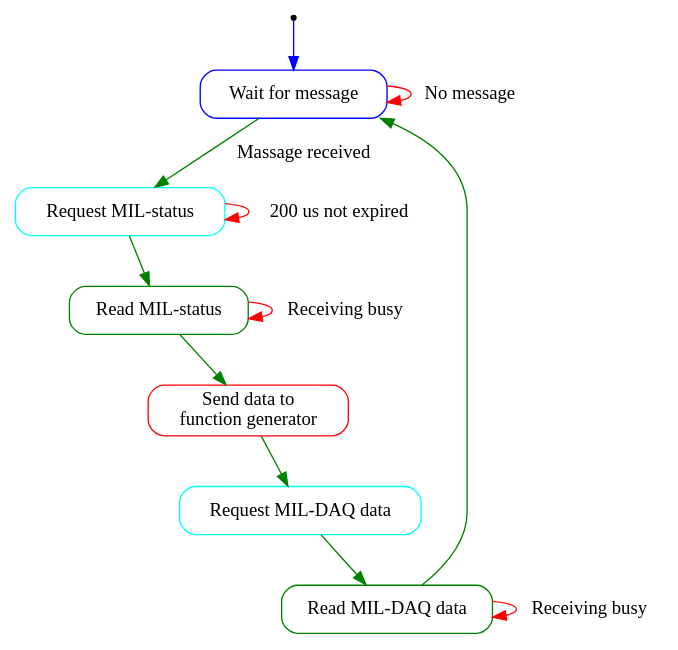
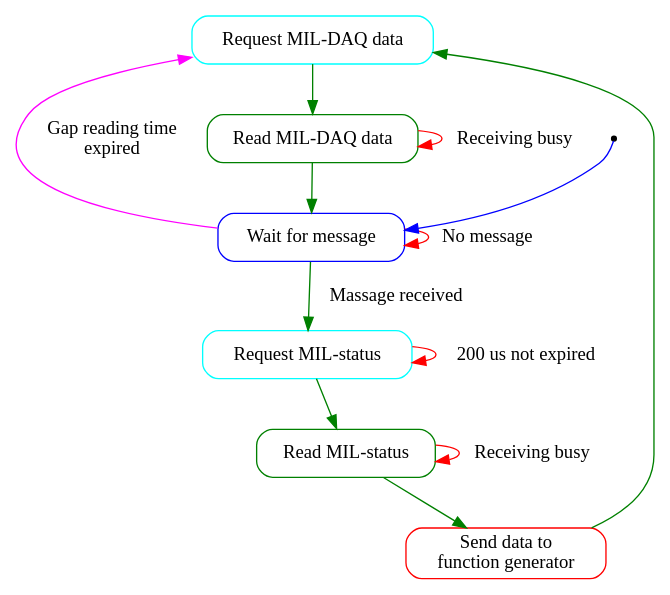
The diagram in top/gsi_scu/scu_main.gv (GSI-CS-CO/bel_projects), drawn with Graphviz before and after one commit. The commit also changed 8 other files, not shown here.

Commit message:
First attempt of MIL-gap reading when CONFIG_READ_MIL_TIME_GAP defined

```diff
--- a/top/gsi_scu/scu_main.gv
+++ b/top/gsi_scu/scu_main.gv
@@ -1,21 +1,22 @@
 digraph "generated by DocFsm" {
 	node [shape = Mrecord];
+	ST_DATA_AQUISITION_0 [label = "Request MIL-DAQ data", color = cyan];
 	ST_WAIT_0 [label = "Wait for message", color = blue];
 	ST_PREPARE_0 [label = "Request MIL-status", color = cyan];
 	ST_FETCH_STATUS_0 [label = "Read MIL-status", color = green];
 	ST_HANDLE_IRQS_0 [label = "Send data to\nfunction generator", color = red];
-	ST_DATA_AQUISITION_0 [label = "Request MIL-DAQ data", color = cyan];
 	ST_FETCH_DATA_0 [label = "Read MIL-DAQ data", color = green];
 	entry0_0 [shape = point, label = "entry0"];
+	ST_DATA_AQUISITION_0 -> ST_FETCH_DATA_0 [color = green];
+	ST_WAIT_0 -> ST_DATA_AQUISITION_0 [label = "Gap reading time\nexpired", color = magenta];
 	ST_WAIT_0 -> ST_WAIT_0 [label = "No message", color = red];
 	ST_WAIT_0 -> ST_PREPARE_0 [label = "Massage received", color = green];
 	ST_PREPARE_0 -> ST_PREPARE_0 [label = "200 us not expired", color = red];
 	ST_PREPARE_0 -> ST_FETCH_STATUS_0 [color = green];
 	ST_FETCH_STATUS_0 -> ST_FETCH_STATUS_0 [label = "Receiving busy", color = red];
 	ST_FETCH_STATUS_0 -> ST_HANDLE_IRQS_0 [color = green];
 	ST_HANDLE_IRQS_0 -> ST_DATA_AQUISITION_0 [color = green];
-	ST_DATA_AQUISITION_0 -> ST_FETCH_DATA_0 [color = green];
 	ST_FETCH_DATA_0 -> ST_FETCH_DATA_0 [label = "Receiving busy", color = red];
 	ST_FETCH_DATA_0 -> ST_WAIT_0 [color = green];
 	entry0_0 -> ST_WAIT_0 [color = blue];
 }
```
